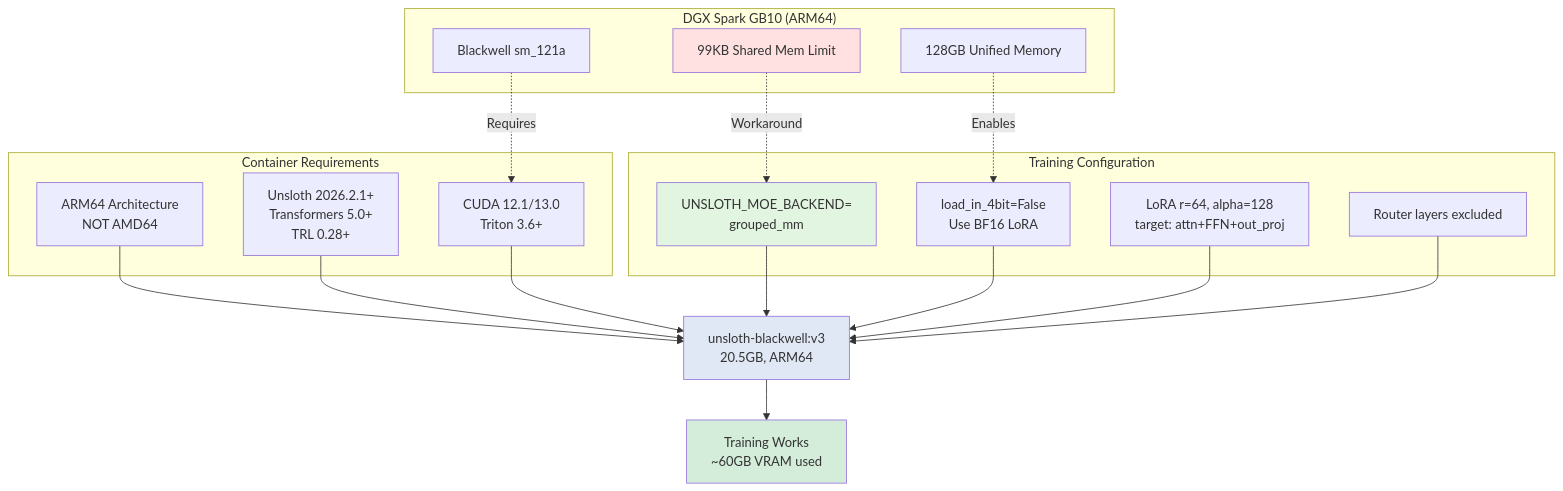
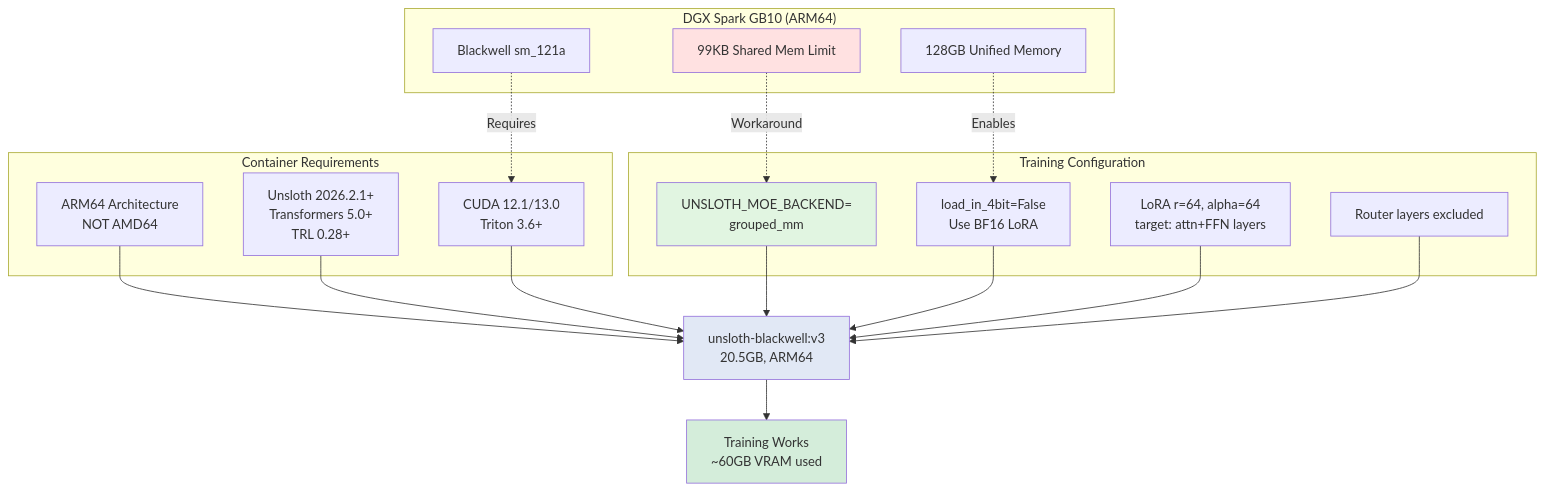
The seventh of 12 diagrams in docs/architecture.md (westonbrown/open-ctf-env), drawn with Mermaid before and after one commit. The commit also changed other lines of this file and 16 other files, not shown here.

````diff
--- a/docs/architecture.md
+++ b/docs/architecture.md
@@ -237,41 +237,41 @@
 ```mermaid
 graph TB
     subgraph "DGX Spark GB10 (ARM64)"
         GB1[128GB Unified Memory]
         GB2[Blackwell sm_121a]
         GB3[99KB Shared Mem Limit]
     end
 
     subgraph "Container Requirements"
         C1[ARM64 Architecture<br/>NOT AMD64]
         C2[Unsloth 2026.2.1+<br/>Transformers 5.0+<br/>TRL 0.28+]
         C3[CUDA 12.1/13.0<br/>Triton 3.6+]
     end
 
     subgraph "Training Configuration"
         T1[UNSLOTH_MOE_BACKEND=<br/>grouped_mm]
         T2[load_in_4bit=False<br/>Use BF16 LoRA]
-        T3[LoRA r=64, alpha=128<br/>target: attn+FFN+out_proj]
+        T3[LoRA r=64, alpha=64<br/>target: attn+FFN layers]
         T4[Router layers excluded]
     end
 
     GB3 -.->|Workaround| T1
     GB2 -.->|Requires| C3
     GB1 -.->|Enables| T2
 
     C1 --> D1[unsloth-blackwell:v3<br/>20.5GB, ARM64]
     C2 --> D1
     C3 --> D1
 
     T1 --> D1
     T2 --> D1
     T3 --> D1
     T4 --> D1
 
     D1 --> R[Training Works<br/>~60GB VRAM used]
 
     style GB3 fill:#ffe1e1
     style T1 fill:#e1f5e1
     style D1 fill:#e1e8f5
     style R fill:#d4edda
 ```
````
